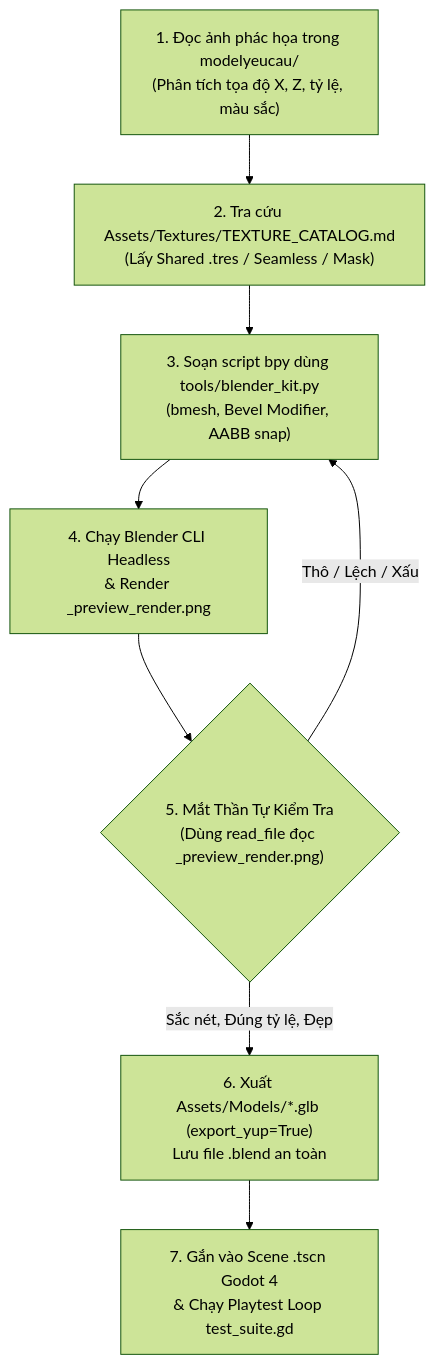
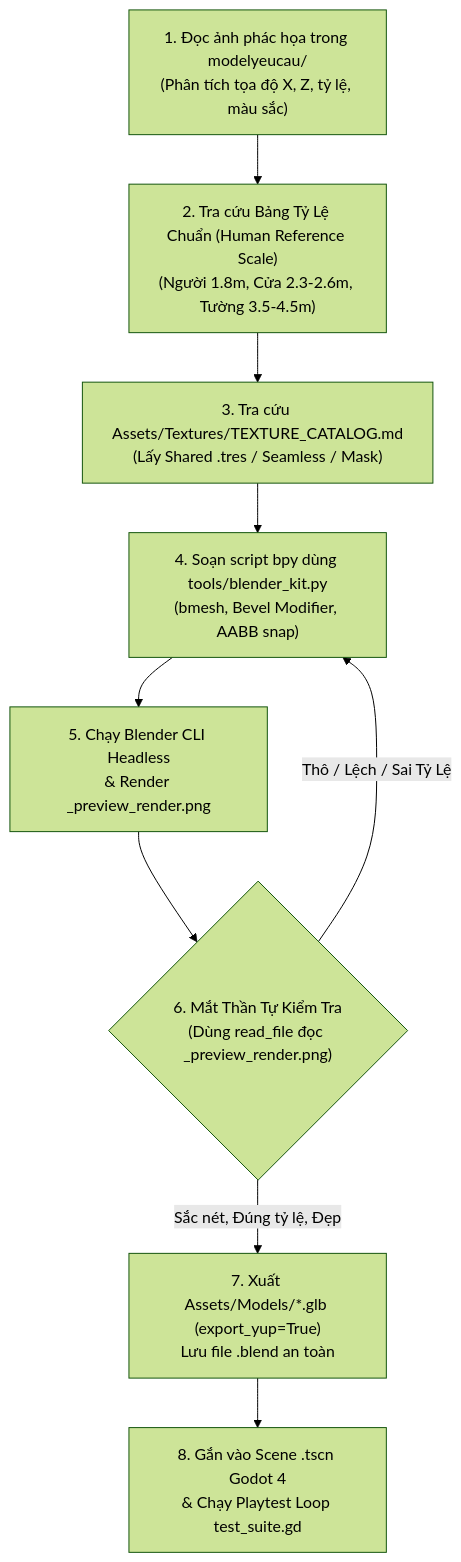
The diagram in .agents/skills/blender-helper/SKILL.md (namsoaica/gamexnhau), drawn with Mermaid (forest theme) before and after one commit. The commit also changed other lines of this file and 18 other files, not shown here.

````diff
--- a/.agents/skills/blender-helper/SKILL.md
+++ b/.agents/skills/blender-helper/SKILL.md
@@ -67,10 +87,11 @@
 ```mermaid
 flowchart TD
-    Sketch["1. Đọc ảnh phác họa trong modelyeucau/<br>(Phân tích tọa độ X, Z, tỷ lệ, màu sắc)"] --> Tex["2. Tra cứu Assets/Textures/TEXTURE_CATALOG.md<br>(Lấy Shared .tres / Seamless / Mask)"]
-    Tex --> Script["3. Soạn script bpy dùng tools/blender_kit.py<br>(bmesh, Bevel Modifier, AABB snap)"]
-    Script --> Exec["4. Chạy Blender CLI Headless<br>& Render _preview_render.png"]
-    Exec --> Eye{"5. Mắt Thần Tự Kiểm Tra<br>(Dùng read_file đọc _preview_render.png)"}
-    Eye -- "Thô / Lệch / Xấu" --> Script
-    Eye -- "Sắc nét, Đúng tỷ lệ, Đẹp" --> Export["6. Xuất Assets/Models/*.glb (export_yup=True)<br>Lưu file .blend an toàn"]
-    Export --> GodotScene["7. Gắn vào Scene .tscn Godot 4<br>& Chạy Playtest Loop test_suite.gd"]
+    Sketch["1. Đọc ảnh phác họa trong modelyeucau/<br>(Phân tích tọa độ X, Z, tỷ lệ, màu sắc)"] --> ScaleCheck["2. Tra cứu Bảng Tỷ Lệ Chuẩn (Human Reference Scale)<br>(Người 1.8m, Cửa 2.3-2.6m, Tường 3.5-4.5m)"]
+    ScaleCheck --> Tex["3. Tra cứu Assets/Textures/TEXTURE_CATALOG.md<br>(Lấy Shared .tres / Seamless / Mask)"]
+    Tex --> Script["4. Soạn script bpy dùng tools/blender_kit.py<br>(bmesh, Bevel Modifier, AABB snap)"]
+    Script --> Exec["5. Chạy Blender CLI Headless<br>& Render _preview_render.png"]
+    Exec --> Eye{"6. Mắt Thần Tự Kiểm Tra<br>(Dùng read_file đọc _preview_render.png)"}
+    Eye -- "Thô / Lệch / Sai Tỷ Lệ" --> Script
+    Eye -- "Sắc nét, Đúng tỷ lệ, Đẹp" --> Export["7. Xuất Assets/Models/*.glb (export_yup=True)<br>Lưu file .blend an toàn"]
+    Export --> GodotScene["8. Gắn vào Scene .tscn Godot 4<br>& Chạy Playtest Loop test_suite.gd"]
 ```
````
